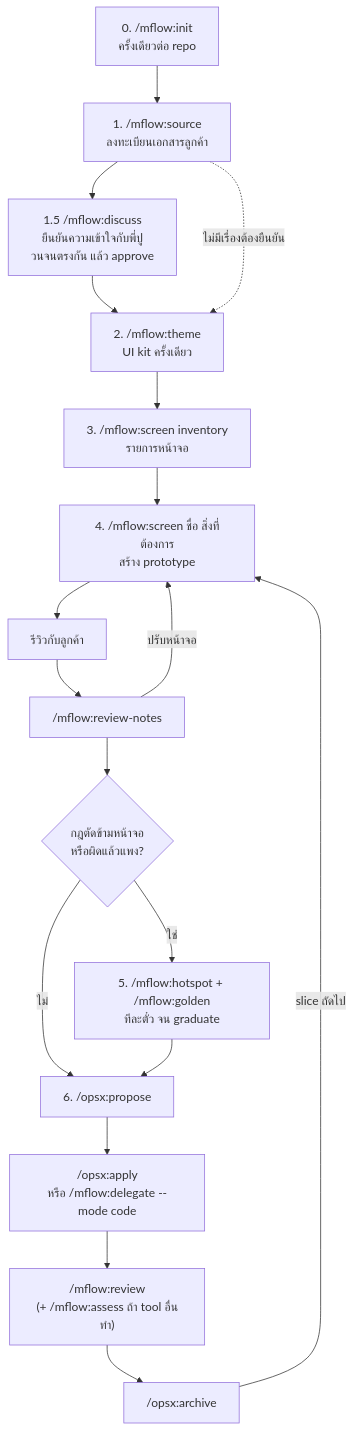
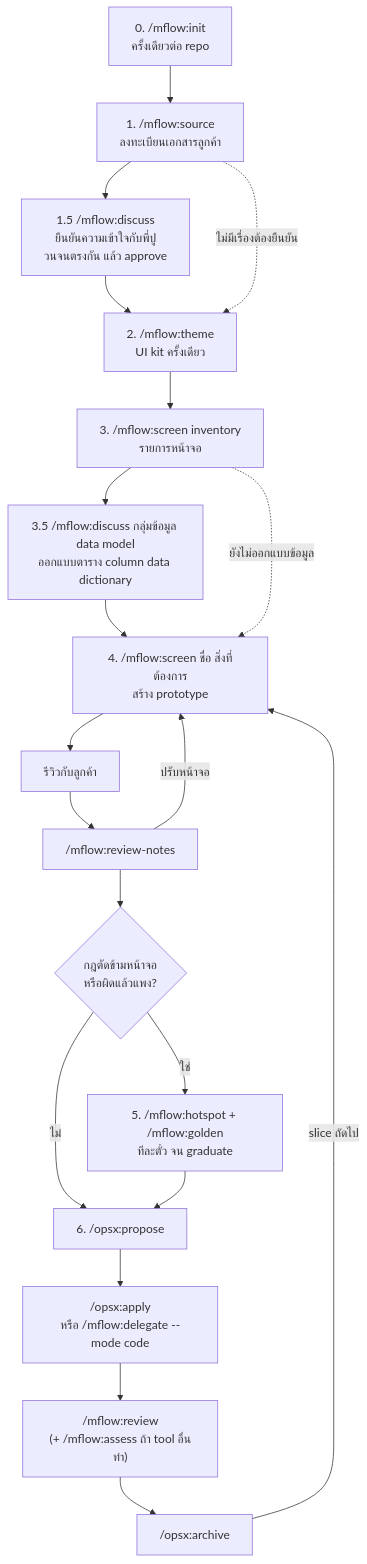
The diagram in docs/manual.md (mounchons/mflow-marketplace), drawn with Mermaid before and after one commit. The commit also changed other lines of this file and 13 other files, not shown here.

First line of the commit message:
Add data-model discussion topic for tables, columns and data dictionary (v0.7.0)

````diff
--- a/docs/manual.md
+++ b/docs/manual.md
@@ -22,20 +22,22 @@
 ```mermaid
 flowchart TD
     S0["0. /mflow:init<br/>ครั้งเดียวต่อ repo"] --> S1["1. /mflow:source<br/>ลงทะเบียนเอกสารลูกค้า"]
     S1 --> D["1.5 /mflow:discuss<br/>ยืนยันความเข้าใจกับพี่ปู<br/>วนจนตรงกัน แล้ว approve"]
     D --> S2["2. /mflow:theme<br/>UI kit ครั้งเดียว"]
     S1 -.->|ไม่มีเรื่องต้องยืนยัน| S2
     S2 --> S3["3. /mflow:screen inventory<br/>รายการหน้าจอ"]
-    S3 --> S4["4. /mflow:screen ชื่อ สิ่งที่ต้องการ<br/>สร้าง prototype"]
+    S3 --> DM["3.5 /mflow:discuss กลุ่มข้อมูล data model<br/>ออกแบบตาราง column data dictionary"]
+    DM --> S4["4. /mflow:screen ชื่อ สิ่งที่ต้องการ<br/>สร้าง prototype"]
+    S3 -.->|ยังไม่ออกแบบข้อมูล| S4
     S4 --> R["รีวิวกับลูกค้า"]
     R --> RN["/mflow:review-notes"]
     RN -->|ปรับหน้าจอ| S4
     RN --> Q{"กฎตัดข้ามหน้าจอ<br/>หรือผิดแล้วแพง?"}
     Q -->|ใช่| H["5. /mflow:hotspot + /mflow:golden<br/>ทีละตั๋ว จน graduate"]
     Q -->|ไม่| P
     H --> P["6. /opsx:propose"]
     P --> A["/opsx:apply<br/>หรือ /mflow:delegate --mode code"]
     A --> V["/mflow:review<br/>(+ /mflow:assess ถ้า tool อื่นทำ)"]
     V --> AR["/opsx:archive"]
     AR -->|slice ถัดไป| S4
 ```
````
